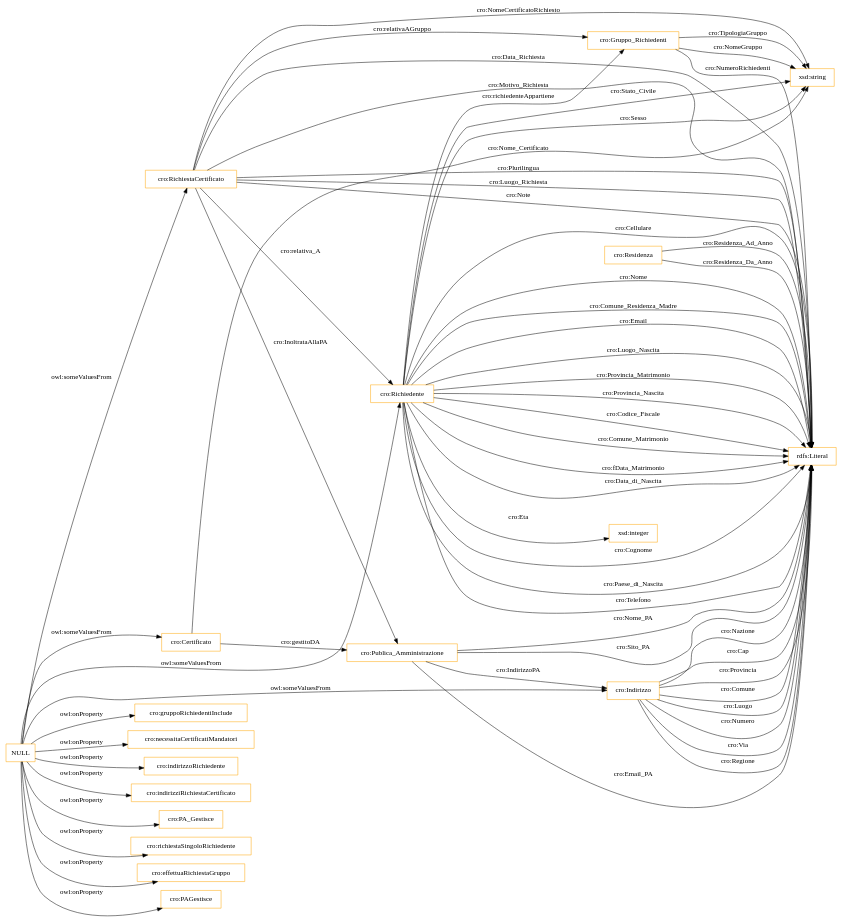
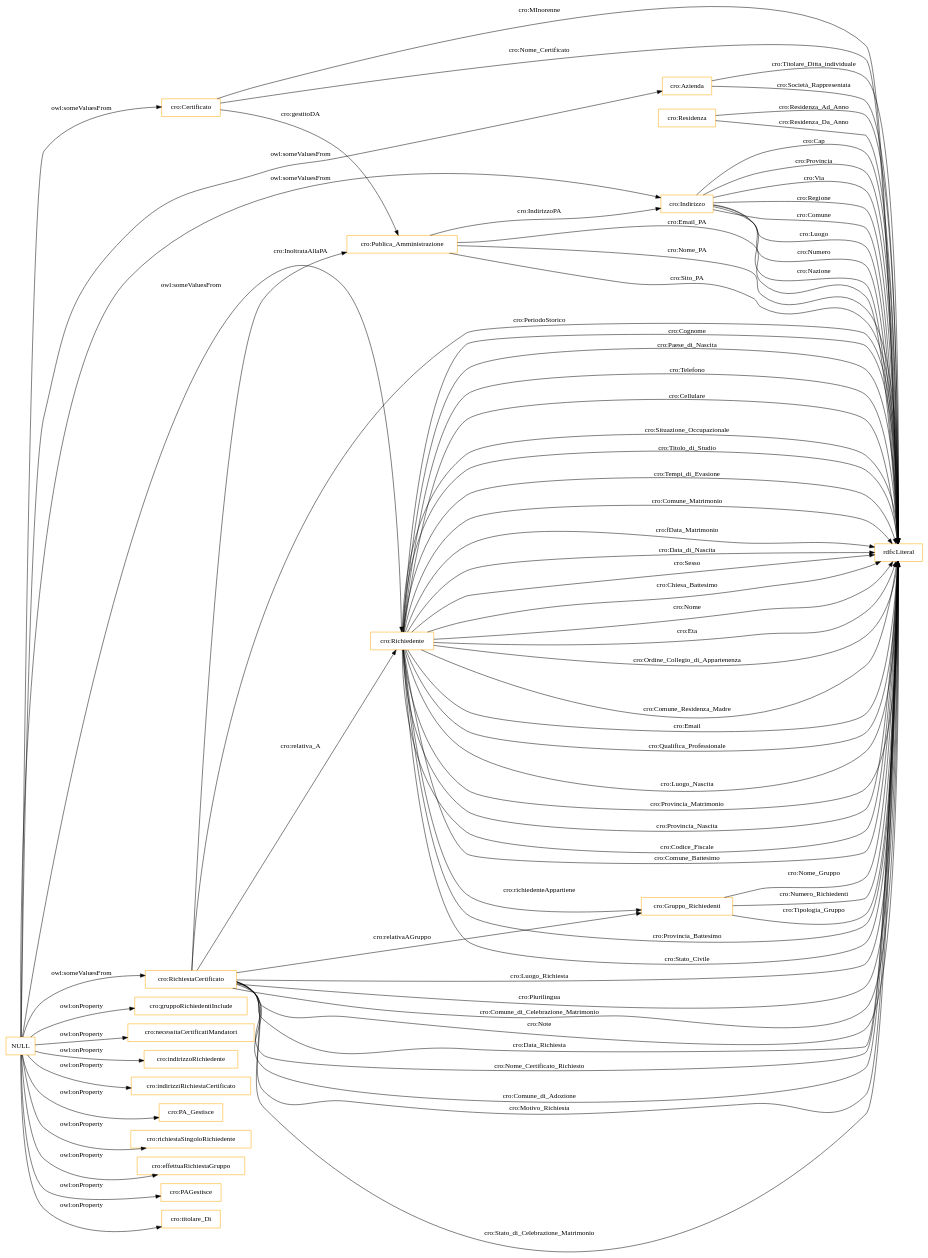
One commit to gcarau/RichiestaCertificati changed the diagram in OnToology/CertificateRequest.ttl/diagrams/ar2dtool-class/CertificateRequest.ttl.png.dot. Above: the diagram before and after it, drawn with Graphviz. The commit also changed 11 other files, not shown here.

```diff
--- a/OnToology/CertificateRequest.ttl/diagrams/ar2dtool-class/CertificateRequest.ttl.png.dot
+++ b/OnToology/CertificateRequest.ttl/diagrams/ar2dtool-class/CertificateRequest.ttl.png.dot
@@ -1,64 +1,81 @@
 digraph ar2dtool_diagram { 
 rankdir=LR;
 size="1501"
-node [shape = rectangle, color="orange"]; "cro:Gruppo_Richiedenti" "cro:Residenza" "cro:Indirizzo" "cro:Richiedente" "cro:Certificato" "cro:Publica_Amministrazione" "cro:RichiestaCertificato" ; /*classes style*/
+node [shape = rectangle, color="orange"]; "cro:Publica_Amministrazione" "cro:Residenza" "cro:Gruppo_Richiedenti" "cro:Indirizzo" "cro:Richiedente" "cro:Azienda" "cro:Certificato" "cro:RichiestaCertificato" ; /*classes style*/
+	"NULL" -> "cro:Azienda" [ label = "owl:someValuesFrom" ];
 	"NULL" -> "cro:gruppoRichiedentiInclude" [ label = "owl:onProperty" ];
 	"NULL" -> "cro:necessitaCertificatiMandatori" [ label = "owl:onProperty" ];
 	"NULL" -> "cro:indirizzoRichiedente" [ label = "owl:onProperty" ];
 	"NULL" -> "cro:indirizziRichiestaCertificato" [ label = "owl:onProperty" ];
 	"NULL" -> "cro:PA_Gestisce" [ label = "owl:onProperty" ];
 	"NULL" -> "cro:richiestaSingoloRichiedente" [ label = "owl:onProperty" ];
 	"NULL" -> "cro:effettuaRichiestaGruppo" [ label = "owl:onProperty" ];
 	"NULL" -> "cro:PAGestisce" [ label = "owl:onProperty" ];
 	"NULL" -> "cro:Indirizzo" [ label = "owl:someValuesFrom" ];
 	"NULL" -> "cro:RichiestaCertificato" [ label = "owl:someValuesFrom" ];
+	"NULL" -> "cro:titolare_Di" [ label = "owl:onProperty" ];
 	"NULL" -> "cro:Richiedente" [ label = "owl:someValuesFrom" ];
 	"NULL" -> "cro:Certificato" [ label = "owl:someValuesFrom" ];
-	"cro:Publica_Amministrazione" -> "rdfs:Literal" [ label = "cro:Email_PA" ];
 	"cro:RichiestaCertificato" -> "rdfs:Literal" [ label = "cro:Plurilingua" ];
 	"cro:Residenza" -> "rdfs:Literal" [ label = "cro:Residenza_Ad_Anno" ];
 	"cro:RichiestaCertificato" -> "cro:Richiedente" [ label = "cro:relativa_A" ];
-	"cro:Richiedente" -> "rdfs:Literal" [ label = "cro:Comune_Residenza_Madre" ];
-	"cro:RichiestaCertificato" -> "rdfs:Literal" [ label = "cro:Luogo_Richiesta" ];
-	"cro:Richiedente" -> "rdfs:Literal" [ label = "cro:Email" ];
-	"cro:Gruppo_Richiedenti" -> "xsd:string" [ label = "cro:NomeGruppo" ];
+	"cro:Richiedente" -> "rdfs:Literal" [ label = "cro:Titolo_di_Studio" ];
+	"cro:RichiestaCertificato" -> "rdfs:Literal" [ label = "cro:Comune_di_Celebrazione_Matrimonio" ];
 	"cro:Publica_Amministrazione" -> "rdfs:Literal" [ label = "cro:Nome_PA" ];
-	"cro:Richiedente" -> "rdfs:Literal" [ label = "cro:Luogo_Nascita" ];
-	"cro:Richiedente" -> "rdfs:Literal" [ label = "cro:Provincia_Matrimonio" ];
-	"cro:Gruppo_Richiedenti" -> "rdfs:Literal" [ label = "cro:NumeroRichiedenti" ];
-	"cro:Indirizzo" -> "rdfs:Literal" [ label = "cro:Luogo" ];
-	"cro:Indirizzo" -> "rdfs:Literal" [ label = "cro:Numero" ];
-	"cro:Richiedente" -> "rdfs:Literal" [ label = "cro:Provincia_Nascita" ];
-	"cro:Residenza" -> "rdfs:Literal" [ label = "cro:Residenza_Da_Anno" ];
+	"cro:Richiedente" -> "rdfs:Literal" [ label = "cro:Tempi_di_Evasione" ];
 	"cro:Certificato" -> "cro:Publica_Amministrazione" [ label = "cro:gestitoDA" ];
-	"cro:Richiedente" -> "rdfs:Literal" [ label = "cro:Codice_Fiscale" ];
-	"cro:Certificato" -> "xsd:string" [ label = "cro:Nome_Certificato" ];
-	"cro:Richiedente" -> "cro:Gruppo_Richiedenti" [ label = "cro:richiedenteAppartiene" ];
 	"cro:Publica_Amministrazione" -> "rdfs:Literal" [ label = "cro:Sito_PA" ];
+	"cro:Gruppo_Richiedenti" -> "rdfs:Literal" [ label = "cro:Nome_Gruppo" ];
 	"cro:RichiestaCertificato" -> "rdfs:Literal" [ label = "cro:Note" ];
 	"cro:Richiedente" -> "rdfs:Literal" [ label = "cro:Comune_Matrimonio" ];
 	"cro:Indirizzo" -> "rdfs:Literal" [ label = "cro:Via" ];
 	"cro:RichiestaCertificato" -> "rdfs:Literal" [ label = "cro:Data_Richiesta" ];
 	"cro:Indirizzo" -> "rdfs:Literal" [ label = "cro:Regione" ];
 	"cro:Richiedente" -> "rdfs:Literal" [ label = "cro:fData_Matrimonio" ];
 	"cro:Publica_Amministrazione" -> "cro:Indirizzo" [ label = "cro:IndirizzoPA" ];
 	"cro:Richiedente" -> "rdfs:Literal" [ label = "cro:Data_di_Nascita" ];
-	"cro:Richiedente" -> "xsd:string" [ label = "cro:Sesso" ];
-	"cro:RichiestaCertificato" -> "xsd:string" [ label = "cro:NomeCertificatoRichiesto" ];
-	"cro:Richiedente" -> "xsd:string" [ label = "cro:Stato_Civile" ];
+	"cro:Richiedente" -> "rdfs:Literal" [ label = "cro:Sesso" ];
+	"cro:Richiedente" -> "rdfs:Literal" [ label = "cro:Chiesa_Battesimo" ];
+	"cro:RichiestaCertificato" -> "rdfs:Literal" [ label = "cro:Nome_Certificato_Richiesto" ];
 	"cro:RichiestaCertificato" -> "cro:Gruppo_Richiedenti" [ label = "cro:relativaAGruppo" ];
+	"cro:RichiestaCertificato" -> "rdfs:Literal" [ label = "cro:Comune_di_Adozione" ];
+	"cro:Richiedente" -> "rdfs:Literal" [ label = "cro:Nome" ];
+	"cro:RichiestaCertificato" -> "rdfs:Literal" [ label = "cro:Motivo_Richiesta" ];
+	"cro:RichiestaCertificato" -> "rdfs:Literal" [ label = "cro:Stato_di_Celebrazione_Matrimonio" ];
+	"cro:Richiedente" -> "rdfs:Literal" [ label = "cro:Eta" ];
+	"cro:Indirizzo" -> "rdfs:Literal" [ label = "cro:Comune" ];
+	"cro:RichiestaCertificato" -> "rdfs:Literal" [ label = "cro:PeriodoStorico" ];
+	"cro:Publica_Amministrazione" -> "rdfs:Literal" [ label = "cro:Email_PA" ];
+	"cro:Gruppo_Richiedenti" -> "rdfs:Literal" [ label = "cro:Numero_Richiedenti" ];
+	"cro:Richiedente" -> "rdfs:Literal" [ label = "cro:Ordine_Collegio_di_Appartenenza" ];
+	"cro:Richiedente" -> "rdfs:Literal" [ label = "cro:Comune_Residenza_Madre" ];
+	"cro:Azienda" -> "rdfs:Literal" [ label = "cro:Titolare_Ditta_individuale" ];
+	"cro:RichiestaCertificato" -> "rdfs:Literal" [ label = "cro:Luogo_Richiesta" ];
+	"cro:Richiedente" -> "rdfs:Literal" [ label = "cro:Email" ];
+	"cro:Richiedente" -> "rdfs:Literal" [ label = "cro:Qualifica_Professionale" ];
+	"cro:Azienda" -> "rdfs:Literal" [ label = "cro:Società_Rappresentata" ];
+	"cro:Richiedente" -> "rdfs:Literal" [ label = "cro:Luogo_Nascita" ];
+	"cro:Richiedente" -> "rdfs:Literal" [ label = "cro:Provincia_Matrimonio" ];
+	"cro:Indirizzo" -> "rdfs:Literal" [ label = "cro:Luogo" ];
+	"cro:Indirizzo" -> "rdfs:Literal" [ label = "cro:Numero" ];
+	"cro:Richiedente" -> "rdfs:Literal" [ label = "cro:Provincia_Nascita" ];
+	"cro:Residenza" -> "rdfs:Literal" [ label = "cro:Residenza_Da_Anno" ];
+	"cro:Richiedente" -> "rdfs:Literal" [ label = "cro:Codice_Fiscale" ];
+	"cro:Certificato" -> "rdfs:Literal" [ label = "cro:Nome_Certificato" ];
+	"cro:Richiedente" -> "cro:Gruppo_Richiedenti" [ label = "cro:richiedenteAppartiene" ];
+	"cro:Certificato" -> "rdfs:Literal" [ label = "cro:MInorenne" ];
+	"cro:Richiedente" -> "rdfs:Literal" [ label = "cro:Comune_Battesimo" ];
+	"cro:Richiedente" -> "rdfs:Literal" [ label = "cro:Provincia_Battesimo" ];
+	"cro:Richiedente" -> "rdfs:Literal" [ label = "cro:Stato_Civile" ];
 	"cro:Richiedente" -> "rdfs:Literal" [ label = "cro:Cognome" ];
 	"cro:Richiedente" -> "rdfs:Literal" [ label = "cro:Paese_di_Nascita" ];
 	"cro:Richiedente" -> "rdfs:Literal" [ label = "cro:Telefono" ];
 	"cro:Indirizzo" -> "rdfs:Literal" [ label = "cro:Nazione" ];
 	"cro:Richiedente" -> "rdfs:Literal" [ label = "cro:Cellulare" ];
-	"cro:Richiedente" -> "rdfs:Literal" [ label = "cro:Nome" ];
-	"cro:Gruppo_Richiedenti" -> "xsd:string" [ label = "cro:TipologiaGruppo" ];
-	"cro:RichiestaCertificato" -> "rdfs:Literal" [ label = "cro:Motivo_Richiesta" ];
-	"cro:Richiedente" -> "xsd:integer" [ label = "cro:Eta" ];
+	"cro:Gruppo_Richiedenti" -> "rdfs:Literal" [ label = "cro:Tipologia_Gruppo" ];
+	"cro:Richiedente" -> "rdfs:Literal" [ label = "cro:Situazione_Occupazionale" ];
 	"cro:Indirizzo" -> "rdfs:Literal" [ label = "cro:Cap" ];
 	"cro:Indirizzo" -> "rdfs:Literal" [ label = "cro:Provincia" ];
 	"cro:RichiestaCertificato" -> "cro:Publica_Amministrazione" [ label = "cro:InoltrataAllaPA" ];
-	"cro:Indirizzo" -> "rdfs:Literal" [ label = "cro:Comune" ];
 
 }
```
